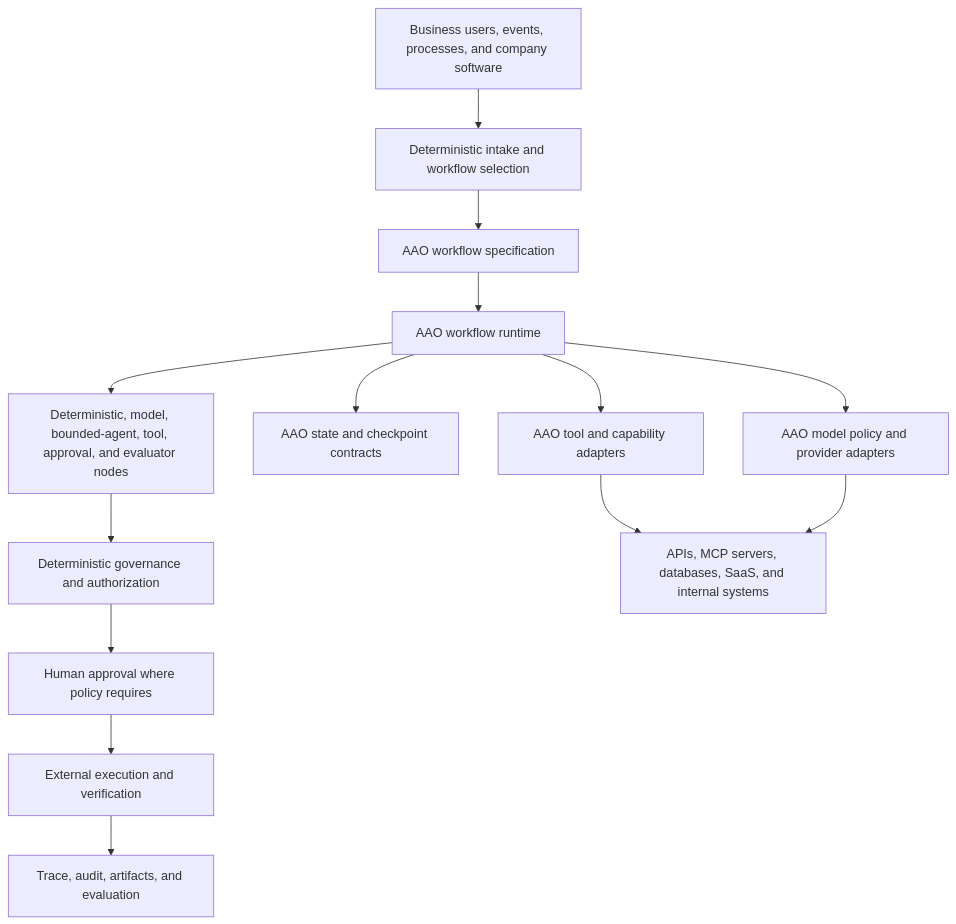
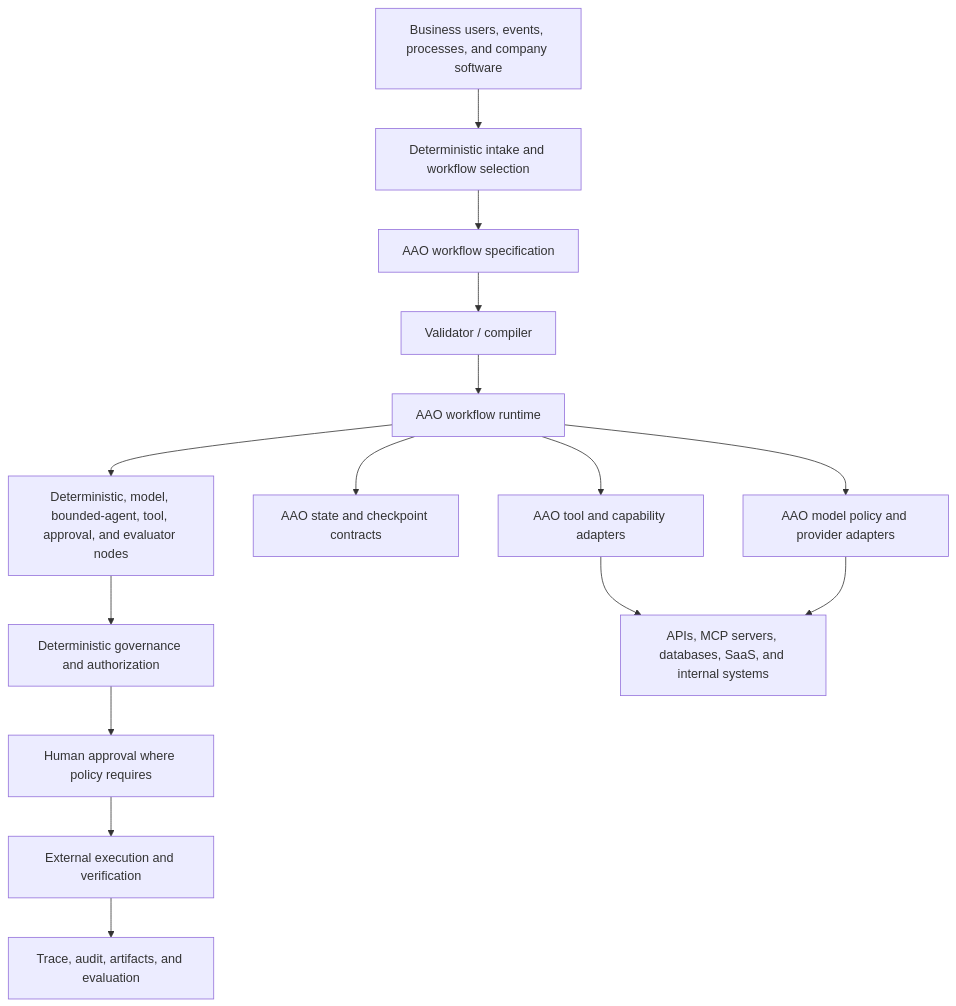
One commit to RaulMermans/applied-ai-operations changed the diagram in ARCHITECTURE.md. Above: the diagram before and after it, drawn with Mermaid. The commit also changed 44 other files, not shown here.

````diff
--- a/ARCHITECTURE.md
+++ b/ARCHITECTURE.md
@@ -7,16 +7,17 @@
 ```mermaid
 flowchart TB
   input[Business users, events, processes, and company software] --> intake[Deterministic intake and workflow selection]
   intake --> spec[AAO workflow specification]
-  spec --> runtime[AAO workflow runtime]
+  spec --> validator[Validator / compiler]
+  validator --> runtime[AAO workflow runtime]
   runtime --> nodes[Deterministic, model, bounded-agent, tool, approval, and evaluator nodes]
   nodes --> governance[Deterministic governance and authorization]
   governance --> approval[Human approval where policy requires]
   approval --> execution[External execution and verification]
   execution --> evidence[Trace, audit, artifacts, and evaluation]
   runtime --> state[AAO state and checkpoint contracts]
   runtime --> model[AAO model policy and provider adapters]
   runtime --> tools[AAO tool and capability adapters]
   tools --> external[APIs, MCP servers, databases, SaaS, and internal systems]
   model --> external
 ```
````
